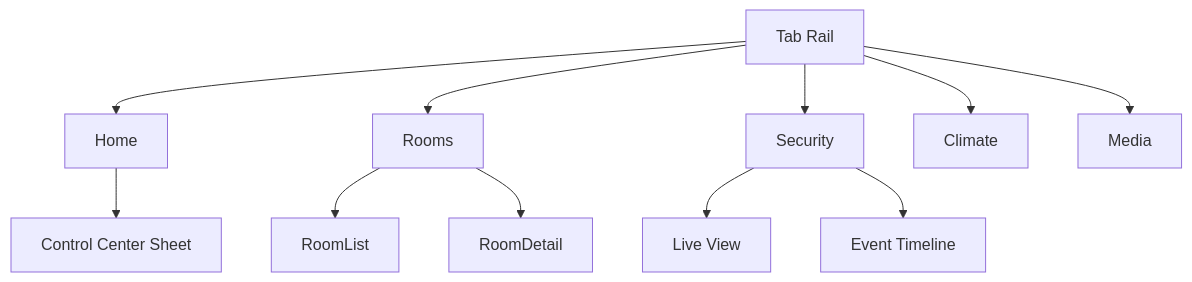
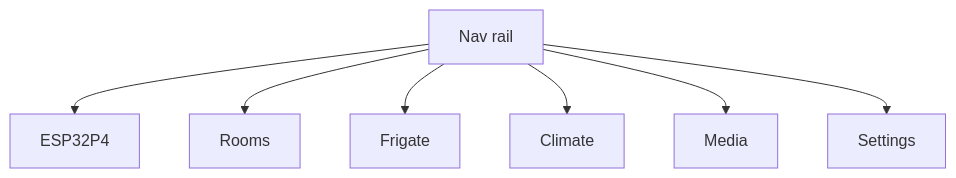
The diagram in docs/wireframes.md (baba-dev/M5Tab5-UserDemo), drawn with Mermaid before and after one commit. The commit also changed other lines of this file, not shown here.

````diff
--- a/docs/wireframes.md
+++ b/docs/wireframes.md
@@ -26,14 +34,9 @@
 ```mermaid
 flowchart TD
-  Root[Tab Rail] --> Home
-  Root --> Rooms
-  Root --> Security
-  Root --> Climate
-  Root --> Media
-
-  Home --> CC[Control Center Sheet]
-  Security --> CamLive[Live View]
-  Security --> Events[Event Timeline]
-  Rooms --> RoomList
-  Rooms --> RoomDetail
+  Rail[Nav rail] --> ESP32P4
+  Rail --> Rooms
+  Rail --> Frigate
+  Rail --> Climate
+  Rail --> Media
+  Rail --> Settings
 ```
````
